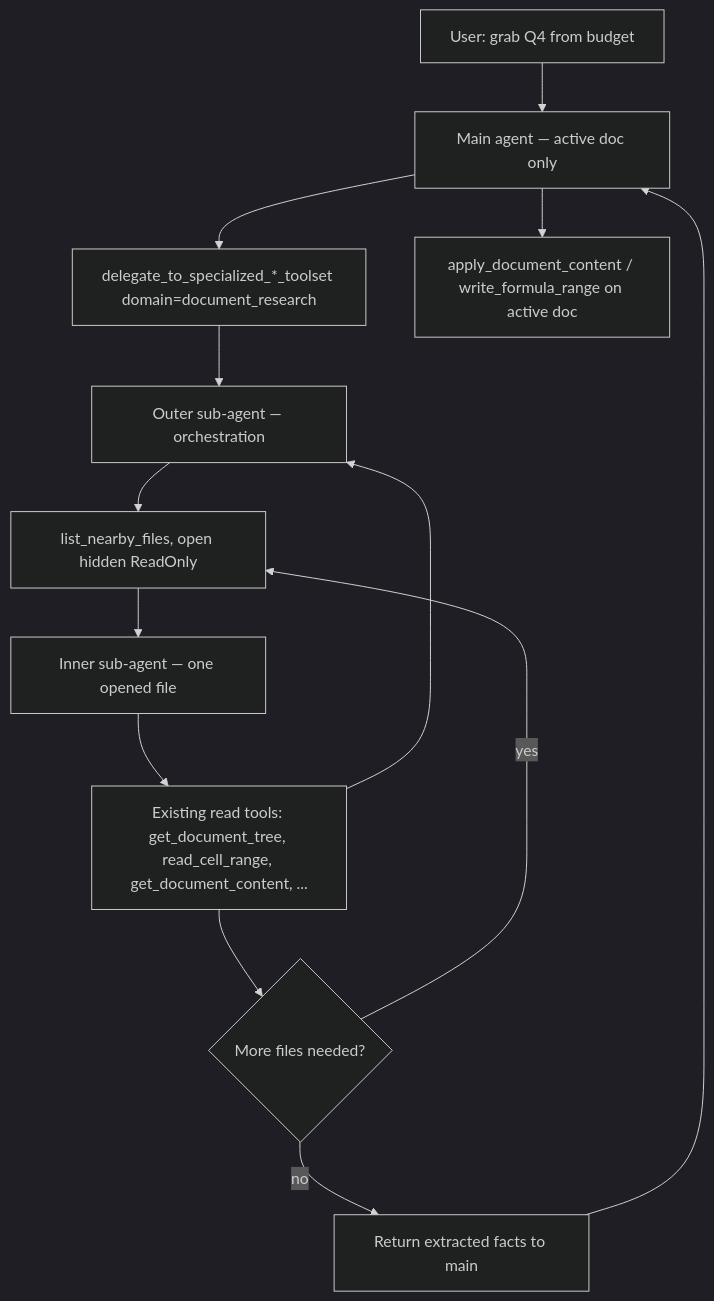
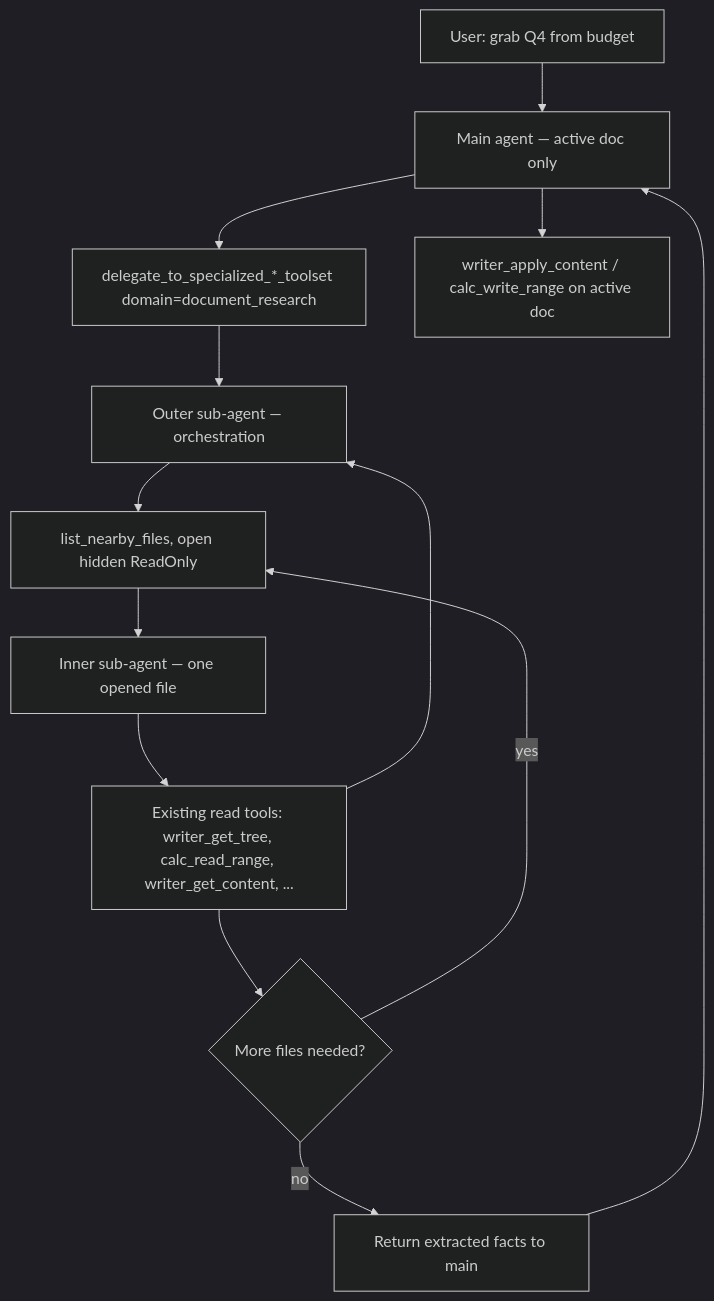
Before and after one commit to KeithCu/writeragent: the second of 3 diagrams in docs/chat/multi-document-dev-plan.md, drawn with Mermaid (dark theme). The commit also changed other lines of this file and 340 other files, not shown here.

````diff
--- a/docs/chat/multi-document-dev-plan.md
+++ b/docs/chat/multi-document-dev-plan.md
@@ -101,22 +101,22 @@
 ```mermaid
 flowchart TD
     UserMsg["User: grab Q4 from budget"]
     MainAgent["Main agent — active doc only"]
     Delegate["delegate_to_specialized_*_toolset domain=document_research"]
     Outer["Outer sub-agent — orchestration"]
     ListOpen["list_nearby_files, open hidden ReadOnly"]
     Inner["Inner sub-agent — one opened file"]
-    ReadTools["Existing read tools: get_document_tree, read_cell_range, get_document_content, ..."]
+    ReadTools["Existing read tools: writer_get_tree, calc_read_range, writer_get_content, ..."]
     MoreFiles{"More files needed?"}
     OuterReturn["Return extracted facts to main"]
-    WriteActive["apply_document_content / write_formula_range on active doc"]
+    WriteActive["writer_apply_content / calc_write_range on active doc"]
 
     UserMsg --> MainAgent
     MainAgent --> Delegate --> Outer
     Outer --> ListOpen --> Inner
     Inner --> ReadTools --> Outer
     ReadTools --> MoreFiles
     MoreFiles -->|yes| ListOpen
     MoreFiles -->|no| OuterReturn --> MainAgent
     MainAgent --> WriteActive
 ```
````
